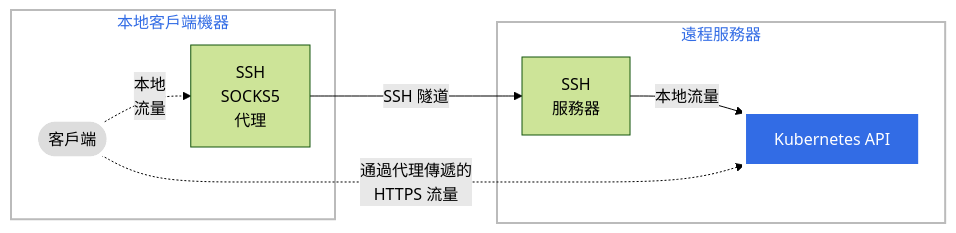
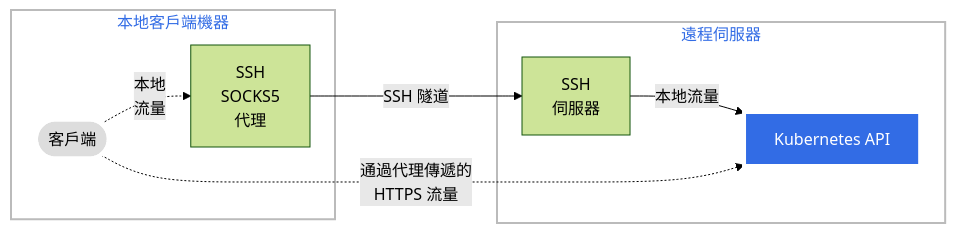
One commit to kubernetes/website changed the diagram in content/zh-tw/docs/tasks/extend-kubernetes/socks5-proxy-access-api.md. Above: the diagram before and after it, drawn with Mermaid (forest theme). The commit also changed other lines of this file and 1351 other files, not shown here.

```diff
--- a/content/zh-tw/docs/tasks/extend-kubernetes/socks5-proxy-access-api.md
+++ b/content/zh-tw/docs/tasks/extend-kubernetes/socks5-proxy-access-api.md
@@ -85,20 +85,20 @@
 {{< mermaid >}}
 graph LR;
 
   subgraph local[本地客戶端機器]
   client([客戶端])-. 本地 <br> 流量.->  local_ssh[本地 SSH <br> SOCKS5 代理];
   end
   local_ssh[SSH <br>SOCKS5 <br> 代理]-- SSH 隧道 -->sshd
   
-  subgraph remote[遠程服務器]
-  sshd[SSH <br> 服務器]-- 本地流量 -->service1;
+  subgraph remote[遠程伺服器]
+  sshd[SSH <br> 伺服器]-- 本地流量 -->service1;
   end
   client([客戶端])-. 通過代理傳遞的 <br> HTTPS 流量 .->service1[Kubernetes API];
 
   classDef plain fill:#ddd,stroke:#fff,stroke-width:4px,color:#000;
   classDef k8s fill:#326ce5,stroke:#fff,stroke-width:4px,color:#fff;
   classDef cluster fill:#fff,stroke:#bbb,stroke-width:2px,color:#326ce5;
   class ingress,service1,service2,pod1,pod2,pod3,pod4 k8s;
   class client plain;
   class cluster cluster;
 {{</ mermaid >}}
```
